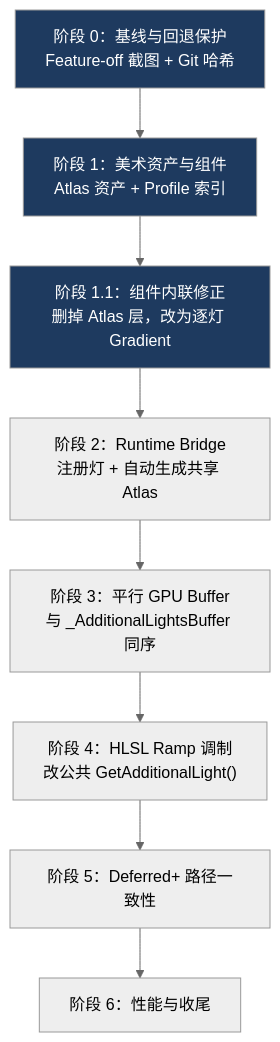
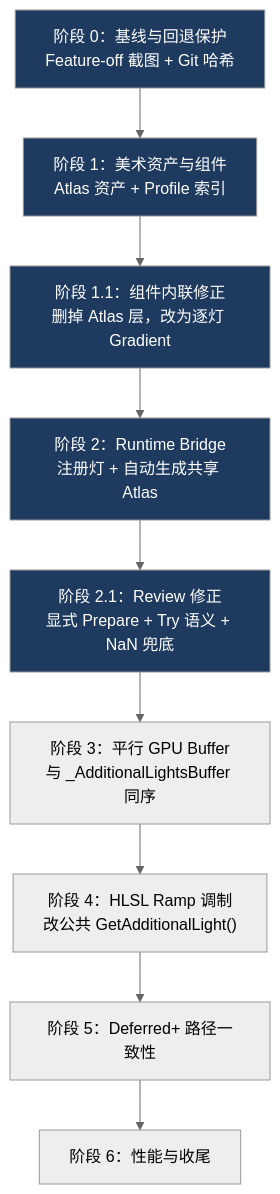
One commit to Pleasant233/Library changed the second of 2 diagrams in TripoDCC&Shader知识库/DCC/Unity/Ramp Light/Ramp Light 知识地图.md. Above: the diagram before and after it, drawn with Mermaid (neutral theme). The commit also changed other lines of this file and 2 other files, not shown here.

````diff
--- a/TripoDCC&Shader知识库/DCC/Unity/Ramp Light/Ramp Light 知识地图.md
+++ b/TripoDCC&Shader知识库/DCC/Unity/Ramp Light/Ramp Light 知识地图.md
@@ -60,14 +62,17 @@
 ```mermaid
 flowchart TD
     S0["阶段 0：基线与回退保护\nFeature-off 截图 + Git 哈希"] --> S1["阶段 1：美术资产与组件\nAtlas 资产 + Profile 索引"]
     S1 --> S11["阶段 1.1：组件内联修正\n删掉 Atlas 层，改为逐灯 Gradient"]
     S11 --> S2["阶段 2：Runtime Bridge\n注册灯 + 自动生成共享 Atlas"]
-    S2 --> S3["阶段 3：平行 GPU Buffer\n与 _AdditionalLightsBuffer 同序"]
+    S2 --> S21["阶段 2.1：Review 修正\n显式 Prepare + Try 语义 + NaN 兜底"]
+    S21 --> S3["阶段 3：平行 GPU Buffer\n与 _AdditionalLightsBuffer 同序"]
     S3 --> S4["阶段 4：HLSL Ramp 调制\n改公共 GetAdditionalLight()"]
     S4 --> S5["阶段 5：Deferred+ 路径一致性"]
     S5 --> S6["阶段 6：性能与收尾"]
 
     style S0 fill:#1e3a5f,color:#fff
     style S1 fill:#1e3a5f,color:#fff
     style S11 fill:#1e3a5f,color:#fff
+    style S2 fill:#1e3a5f,color:#fff
+    style S21 fill:#1e3a5f,color:#fff
 ```
````
